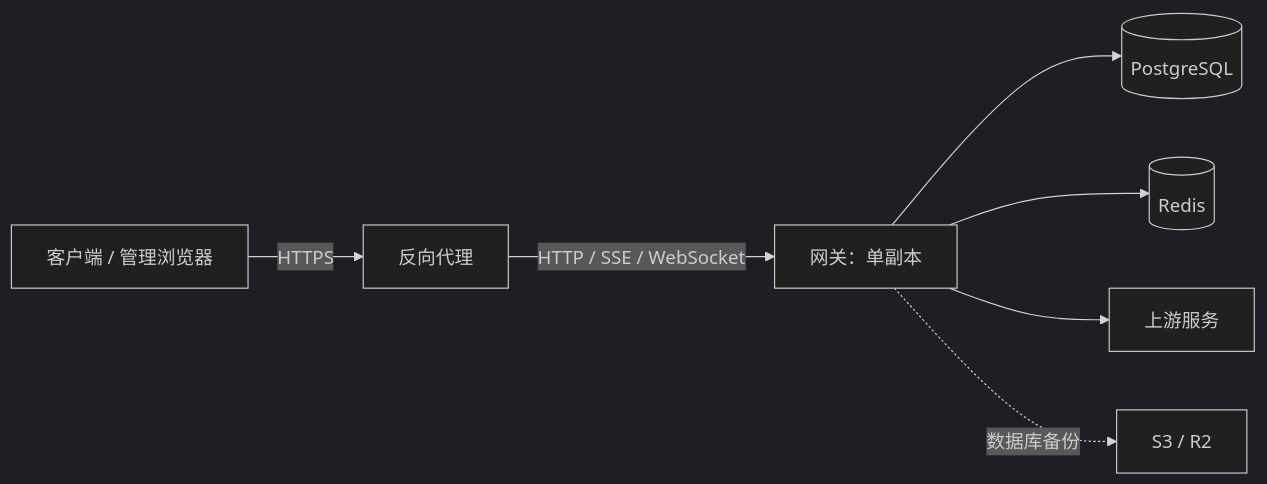
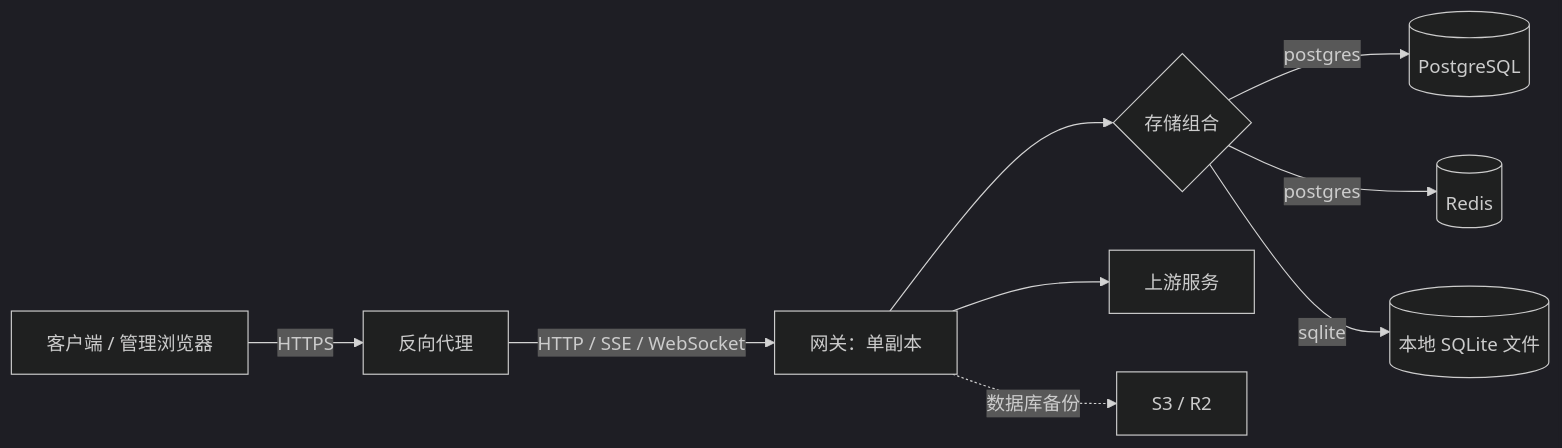
One commit to zzwtsy/codex-proxy-rs changed the diagram in deploy/README.md. Above: the diagram before and after it, drawn with Mermaid (dark theme). The commit also changed other lines of this file and 154 other files, not shown here.

First line of the commit message:
feat(sqlite): add embedded backend and deployment support

````diff
--- a/deploy/README.md
+++ b/deploy/README.md
@@ -59,9 +57,11 @@
 ```mermaid
 flowchart LR
   Client[客户端 / 管理浏览器] -->|HTTPS| Proxy[反向代理]
   Proxy -->|HTTP / SSE / WebSocket| App[网关：单副本]
-  App --> PG[(PostgreSQL)]
-  App --> Redis[(Redis)]
+  App --> Backend{存储组合}
+  Backend -->|postgres| PG[(PostgreSQL)]
+  Backend -->|postgres| Redis[(Redis)]
+  Backend -->|sqlite| SQLite[(本地 SQLite 文件)]
   App --> Upstream[上游服务]
   App -. 数据库备份 .-> Backup[S3 / R2]
 ```
````
